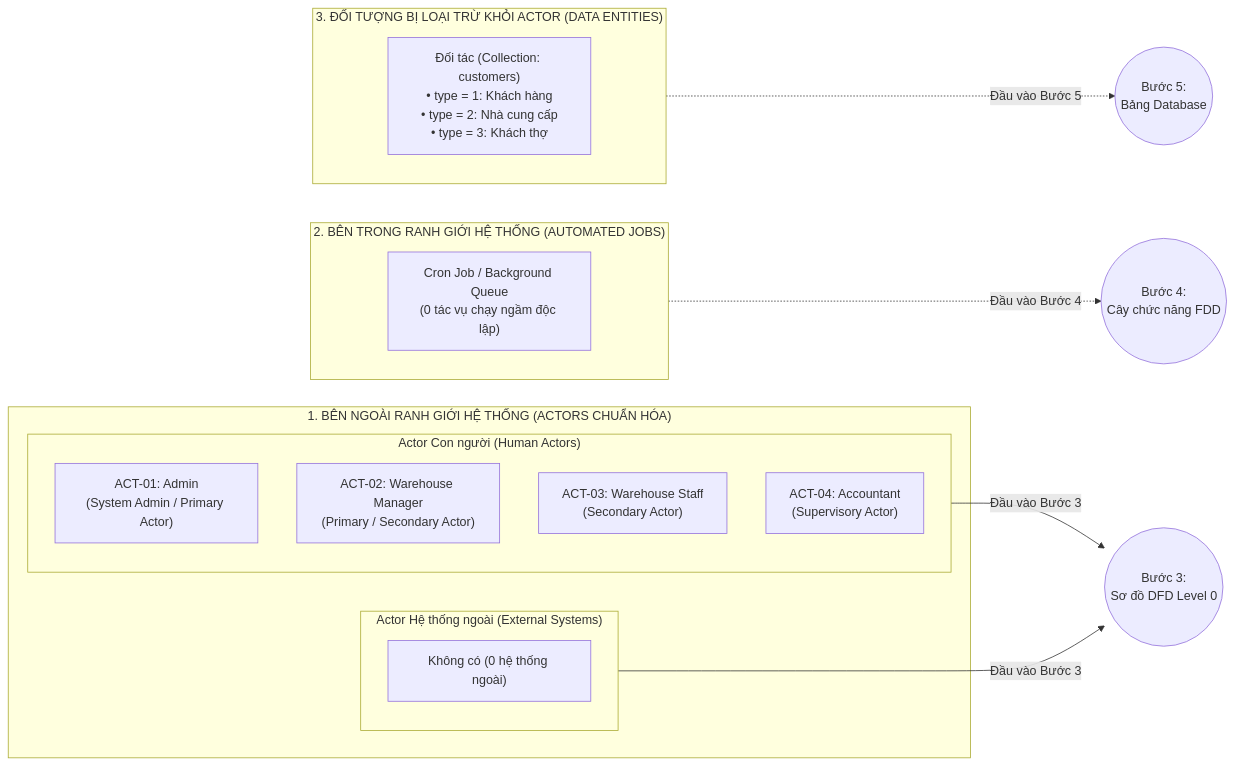
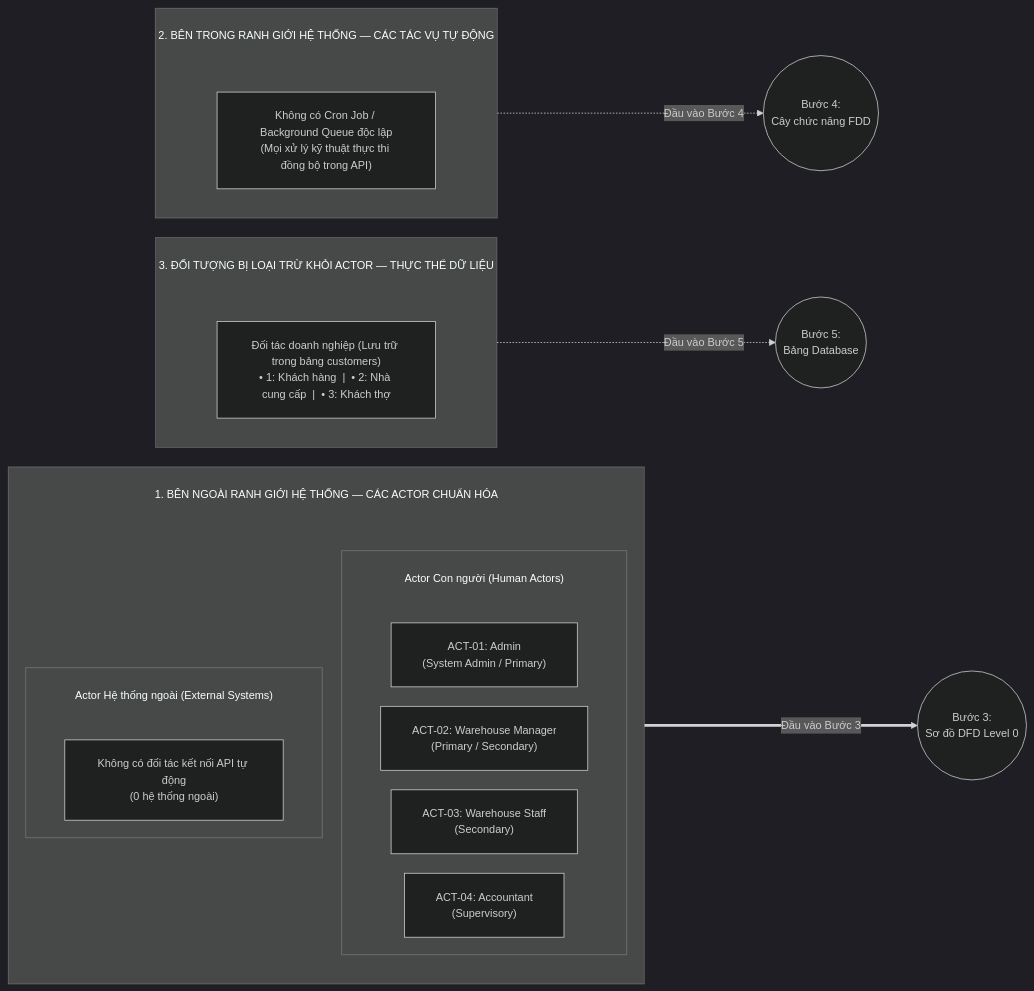
One commit to hungnm3112/Project-Lesson-API changed the diagram in md/analysis/2-actor-identification.md. Above: the diagram before and after it, drawn with Mermaid. The commit also changed other lines of this file and 3 other files, not shown here.

First line of the commit message:
docs(analysis): dong bo thuat ngu du lieu nen tang va toi uu so do mermaid

````diff
--- a/md/analysis/2-actor-identification.md
+++ b/md/analysis/2-actor-identification.md
@@ -69,26 +69,40 @@
 ```mermaid
+%%{init: {
+  'theme': 'dark',
+  'themeVariables': {
+    'fontSize': '14px'
+  },
+  'flowchart': {
+    'subGraphTitleMargin': { 'top': 25, 'bottom': 45 },
+    'nodeSpacing': 25,
+    'rankSpacing': 50,
+    'padding': 20
+  }
+}}%%
 flowchart LR
-    subgraph EXT["1. BÊN NGOÀI RANH GIỚI HỆ THỐNG (ACTORS CHUẨN HÓA)"]
+    subgraph K1["1. BÊN NGOÀI RANH GIỚI HỆ THỐNG — CÁC ACTOR CHUẨN HÓA"]
+        direction TB
         subgraph HUM["Actor Con người (Human Actors)"]
-            A1["ACT-01: Admin<br/>(System Admin / Primary Actor)"]
-            A2["ACT-02: Warehouse Manager<br/>(Primary / Secondary Actor)"]
-            A3["ACT-03: Warehouse Staff<br/>(Secondary Actor)"]
-            A4["ACT-04: Accountant<br/>(Supervisory Actor)"]
+            direction LR
+            A1["ACT-01: Admin<br/>(System Admin / Primary)"]
+            A2["ACT-02: Warehouse Manager<br/>(Primary / Secondary)"]
+            A3["ACT-03: Warehouse Staff<br/>(Secondary)"]
+            A4["ACT-04: Accountant<br/>(Supervisory)"]
         end
         subgraph SYS_EXT["Actor Hệ thống ngoài (External Systems)"]
-            E1["Không có (0 hệ thống ngoài)"]
+            E1["Không có đối tác kết nối API tự động<br/>(0 hệ thống ngoài)"]
         end
     end
 
-    subgraph INT["2. BÊN TRONG RANH GIỚI HỆ THỐNG (AUTOMATED JOBS)"]
-        C1["Cron Job / Background Queue<br/>(0 tác vụ chạy ngầm độc lập)"]
+    subgraph K2["2. BÊN TRONG RANH GIỚI HỆ THỐNG — CÁC TÁC VỤ TỰ ĐỘNG"]
+        C1["Không có Cron Job / Background Queue độc lập<br/>(Mọi xử lý kỹ thuật thực thi đồng bộ trong API)"]
     end
 
-    subgraph EXCL["3. ĐỐI TƯỢNG BỊ LOẠI TRỪ KHỎI ACTOR (DATA ENTITIES)"]
-        D1["Đối tác (Collection: customers)<br/>• type = 1: Khách hàng<br/>• type = 2: Nhà cung cấp<br/>• type = 3: Khách thợ"]
+    subgraph K3["3. ĐỐI TƯỢNG BỊ LOẠI TRỪ KHỎI ACTOR — THỰC THỂ DỮ LIỆU"]
+        D1["Đối tác doanh nghiệp (Lưu trữ trong bảng customers)<br/>• 1: Khách hàng &nbsp;|&nbsp; • 2: Nhà cung cấp &nbsp;|&nbsp; • 3: Khách thợ"]
     end
 
-    HUM & SYS_EXT -->|"Đầu vào Bước 3"| B3(("Bước 3:<br/>Sơ đồ DFD Level 0"))
-    INT -.->|"Đầu vào Bước 4"| B4(("Bước 4:<br/>Cây chức năng FDD"))
-    EXCL -.->|"Đầu vào Bước 5"| B5(("Bước 5:<br/>Bảng Database"))
+    K1 ===>|"Đầu vào Bước 3"| B3(("Bước 3:<br/>Sơ đồ DFD Level 0"))
+    K2 -.->|"Đầu vào Bước 4"| B4(("Bước 4:<br/>Cây chức năng FDD"))
+    K3 -.->|"Đầu vào Bước 5"| B5(("Bước 5:<br/>Bảng Database"))
 ```
````
